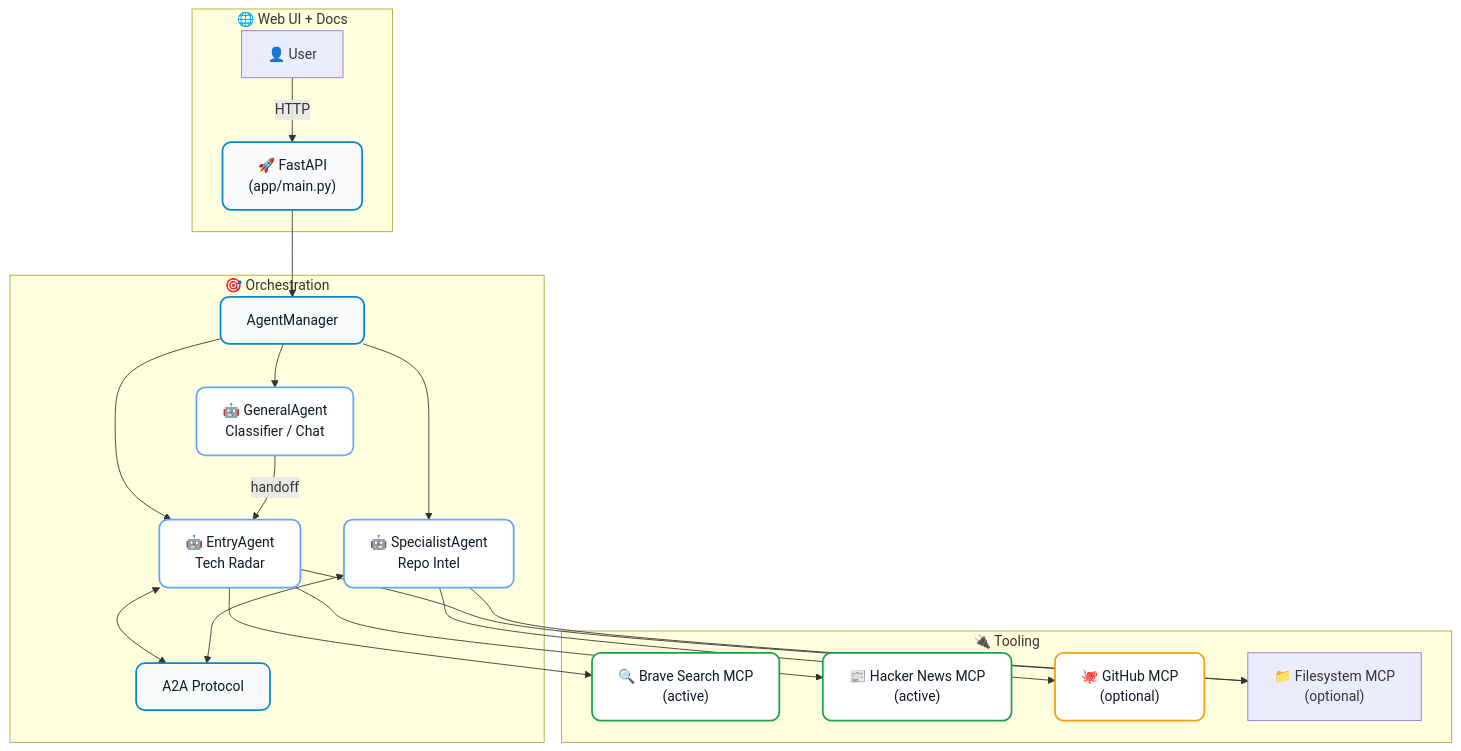
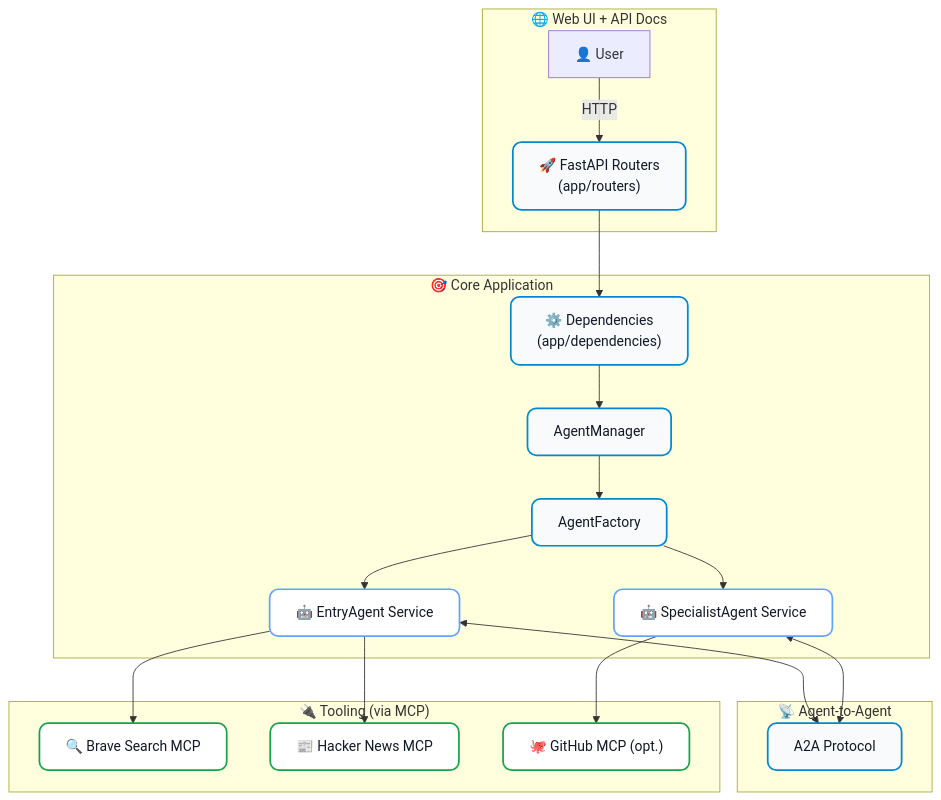
One commit to haqatak/Presentation_Agents changed the diagram in README.md. Above: the diagram before and after it, drawn with Mermaid. The commit also changed other lines of this file and 21 other files, not shown here.

````diff
--- a/README.md
+++ b/README.md
@@ -32,36 +34,33 @@
 ```mermaid
 flowchart TD
-    subgraph UI["🌐 Web UI + Docs"]
-        U["👤 User"] -->|HTTP| FA["🚀 FastAPI<br/>(app/main.py)"]
+    subgraph UI["🌐 Web UI + API Docs"]
+        U["👤 User"] -->|HTTP| R["🚀 FastAPI Routers<br/>(app/routers)"]
     end
 
-    subgraph CORE["🎯 Orchestration"]
-        dummy[" "]:::hidden
-        FA --> AM["AgentManager"]
-        AM --> GA["🤖 GeneralAgent<br/>Classifier / Chat"]
-        AM --> EA["🤖 EntryAgent<br/>Tech Radar"]
-        AM --> SA["🤖 SpecialistAgent<br/>Repo Intel"]
-        GA -->|handoff| EA
+    subgraph CORE["🎯 Core Application"]
+        R --> D["⚙️ Dependencies<br/>(app/dependencies)"]
+        D --> AM["AgentManager"]
+        AM --> AF["AgentFactory"]
+        AF --> EA["🤖 EntryAgent Service"]
+        AF --> SA["🤖 SpecialistAgent Service"]
+    end
+
+    subgraph A2A_LAYER [📡 Agent-to-Agent]
         EA <--> A2A["A2A Protocol"]
         SA <--> A2A
     end
 
-    subgraph TOOLS["🔌 Tooling"]
-        EA --> BS["🔍 Brave Search MCP<br/>(active)"]
-        EA --> HN["📰 Hacker News MCP<br/>(active)"]
-        SA --> GH["🐙 GitHub MCP<br/>(optional)"]
-        EA --> FS["📁 Filesystem MCP<br/>(optional)"]
-        SA --> FS
+    subgraph TOOLS["🔌 Tooling (via MCP)"]
+        EA --> BS["🔍 Brave Search MCP"]
+        EA --> HN["📰 Hacker News MCP"]
+        SA --> GH["🐙 GitHub MCP (opt.)"]
     end
 
     classDef agent fill:#ffffff,color:#111827,stroke:#60a5fa,stroke-width:2px,rx:10,ry:10
     classDef svc fill:#f8fafc,color:#111827,stroke:#0288d1,stroke-width:2px,rx:10,ry:10
     classDef toolActive fill:#ffffff,color:#111827,stroke:#16a34a,stroke-width:2px,rx:10,ry:10
-    classDef toolDisabled fill:#ffffff,color:#111827,stroke:#f59e0b,stroke-width:2px,rx:10,ry:10
-    classDef hidden fill:transparent,stroke:transparent
 
-    class EA,GA,SA agent
-    class FA,AM,A2A svc
-    class BS,HN toolActive
-    class GH toolDisabled
+    class EA,SA agent
+    class R,D,AM,AF,A2A svc
+    class BS,HN,GH toolActive
 ```
````
